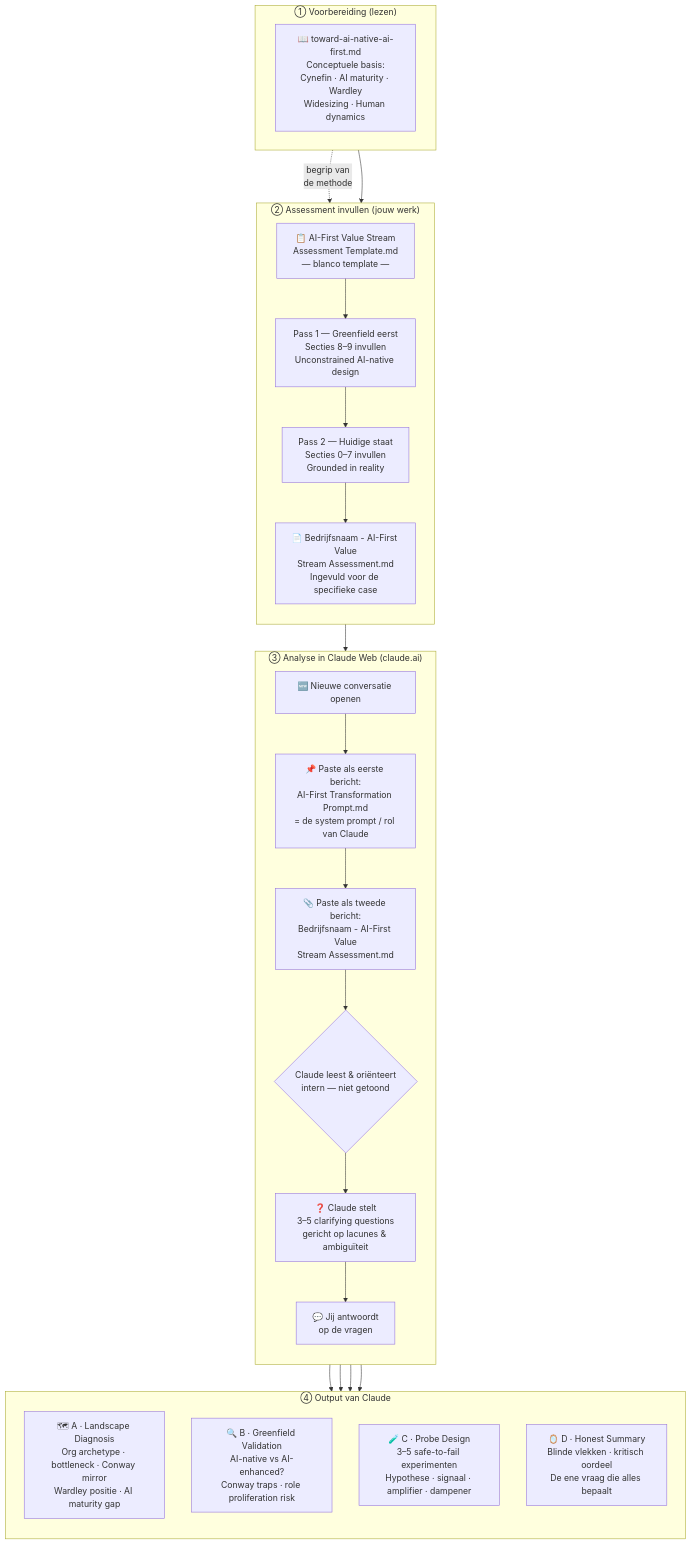
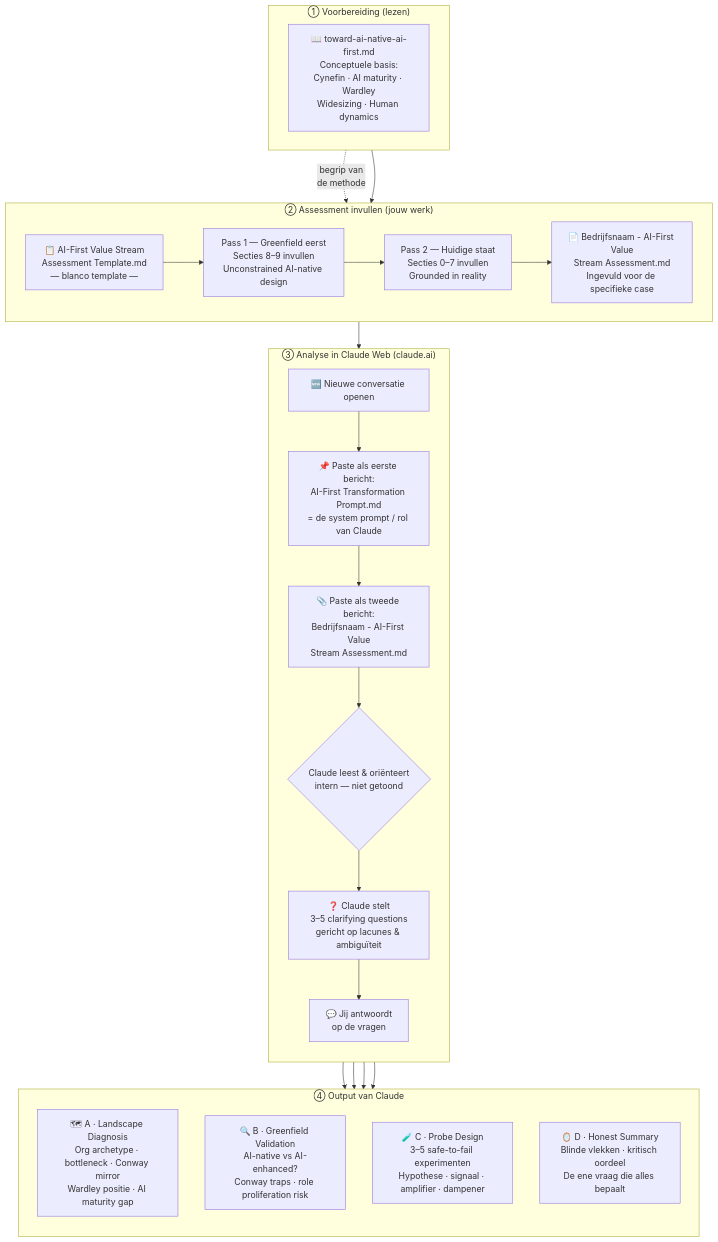
One commit to johantre/ai-value-flow-lab changed the first of 4 diagrams in AI-First Workflow Overview.md. Above: the diagram before and after it, drawn with Mermaid.

Commit message:
replace point 2

````diff
--- a/AI-First Workflow Overview.md
+++ b/AI-First Workflow Overview.md
@@ -19,43 +19,43 @@
 ```mermaid
 flowchart TD
     subgraph PREP["① Voorbereiding (lezen)"]
         direction LR
         A["📖 toward-ai-native-ai-first.md\nConceptuele basis:\nCynefin · AI maturity · Wardley\nWidesizing · Human dynamics"]
     end
 
     subgraph ASSESS["② Assessment invullen (jouw werk)"]
-        direction TB
+        direction LR
         B["📋 AI-First Value Stream\nAssessment Template.md\n— blanco template —"]
         C["Pass 1 — Greenfield eerst\nSecties 8–9 invullen\nUnconstrained AI-native design"]
         D["Pass 2 — Huidige staat\nSecties 0–7 invullen\nGrounded in reality"]
         E["📄 Bedrijfsnaam - AI-First Value\nStream Assessment.md\nIngevuld voor de specifieke case"]
         B --> C --> D --> E
     end
 
     subgraph CLAUDE["③ Analyse in Claude Web (claude.ai)"]
         direction TB
         F["🆕 Nieuwe conversatie openen"]
         G["📌 Paste als eerste bericht:\nAI-First Transformation Prompt.md\n= de system prompt / rol van Claude"]
         H["📎 Paste als tweede bericht:\nBedrijfsnaam - AI-First Value\nStream Assessment.md"]
         I{"Claude leest & oriënteert\nintern — niet getoond"}
         J["❓ Claude stelt\n3–5 clarifying questions\ngericht op lacunes & ambiguïteit"]
         K["💬 Jij antwoordt\nop de vragen"]
         F --> G --> H --> I --> J --> K
     end
 
     subgraph OUTPUT["④ Output van Claude"]
         direction TB
         L["🗺 A · Landscape Diagnosis\nOrg archetype · bottleneck · Conway mirror\nWardley positie · AI maturity gap"]
         M["🔍 B · Greenfield Validation\nAI-native vs AI-enhanced?\nConway traps · role proliferation risk"]
         N["🧪 C · Probe Design\n3–5 safe-to-fail experimenten\nHypothese · signaal · amplifier · dampener"]
         O["🪞 D · Honest Summary\nBlinde vlekken · kritisch oordeel\nDe ene vraag die alles bepaalt"]
     end
 
     A -.->|"begrip van\nde methode"| B
     PREP --> ASSESS
     ASSESS --> CLAUDE
     K --> L
     K --> M
     K --> N
     K --> O
 ```
````
